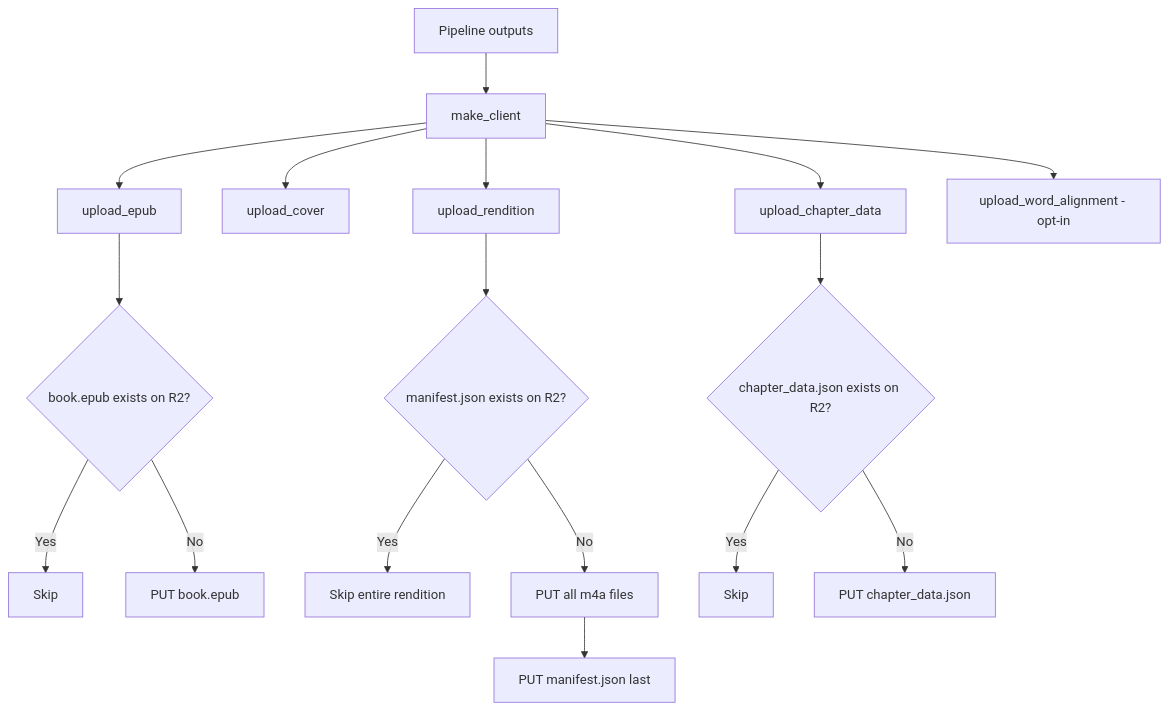
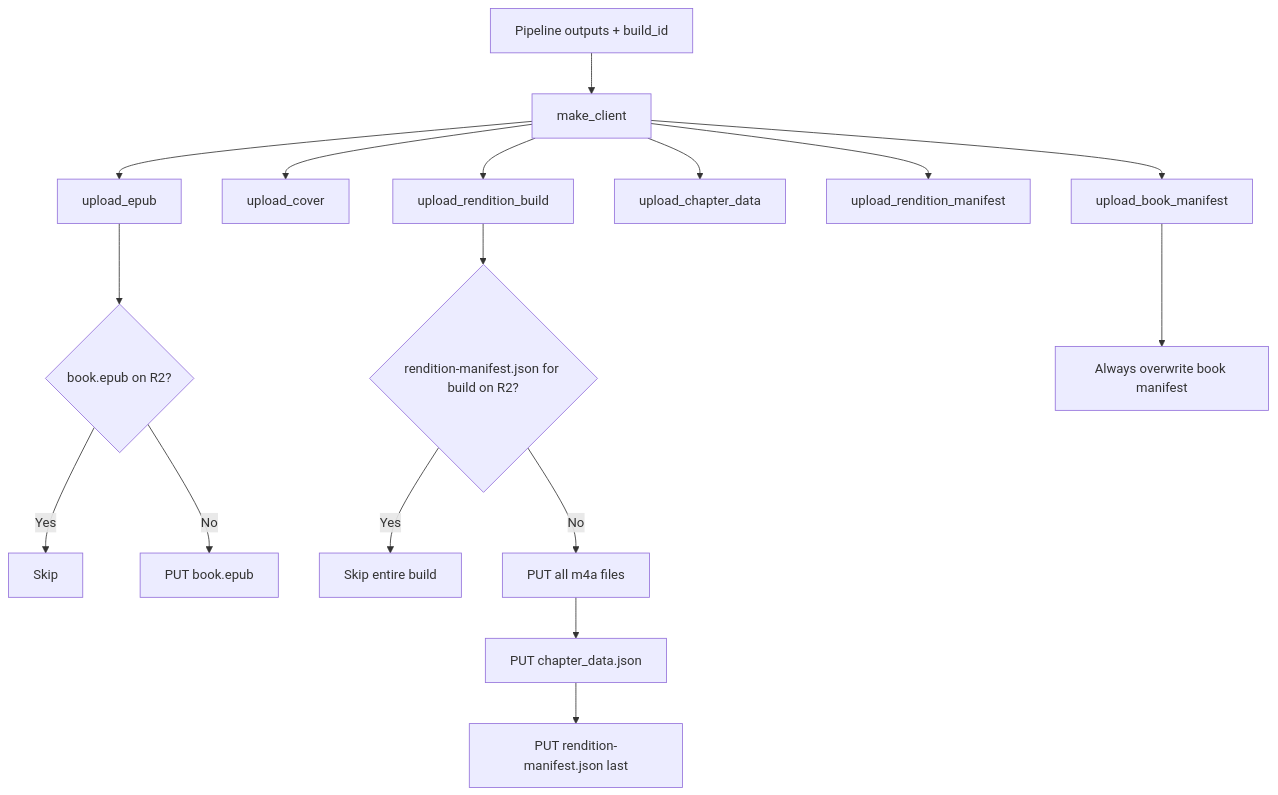
The diagram in pipeline/docs/step6-r2.md (jkoeh/openshelf), drawn with Mermaid before and after one commit. The commit also changed other lines of this file and 4 other files, not shown here.

````diff
--- a/pipeline/docs/step6-r2.md
+++ b/pipeline/docs/step6-r2.md
@@ -10,22 +10,22 @@
 ```mermaid
 graph TD
-    A[Pipeline outputs] --> B[make_client]
+    A[Pipeline outputs + build_id] --> B[make_client]
     B --> C[upload_epub]
     B --> D[upload_cover]
-    B --> E[upload_rendition]
+    B --> E[upload_rendition_build]
     B --> F[upload_chapter_data]
-    B --> G[upload_word_alignment - opt-in]
+    B --> G[upload_rendition_manifest]
+    B --> H[upload_book_manifest]
 
-    C --> C1{book.epub exists on R2?}
+    C --> C1{book.epub on R2?}
     C1 -->|Yes| C2[Skip]
     C1 -->|No| C3[PUT book.epub]
 
-    E --> E1{manifest.json exists on R2?}
-    E1 -->|Yes| E2[Skip entire rendition]
+    E --> E1{rendition-manifest.json for build on R2?}
+    E1 -->|Yes| E2[Skip entire build]
     E1 -->|No| E3[PUT all m4a files]
-    E3 --> E4[PUT manifest.json last]
+    E3 --> E4[PUT chapter_data.json]
+    E4 --> E5[PUT rendition-manifest.json last]
 
-    F --> F1{chapter_data.json exists on R2?}
-    F1 -->|Yes| F2[Skip]
-    F1 -->|No| F3[PUT chapter_data.json]
+    H --> H1[Always overwrite book manifest]
 ```
````
